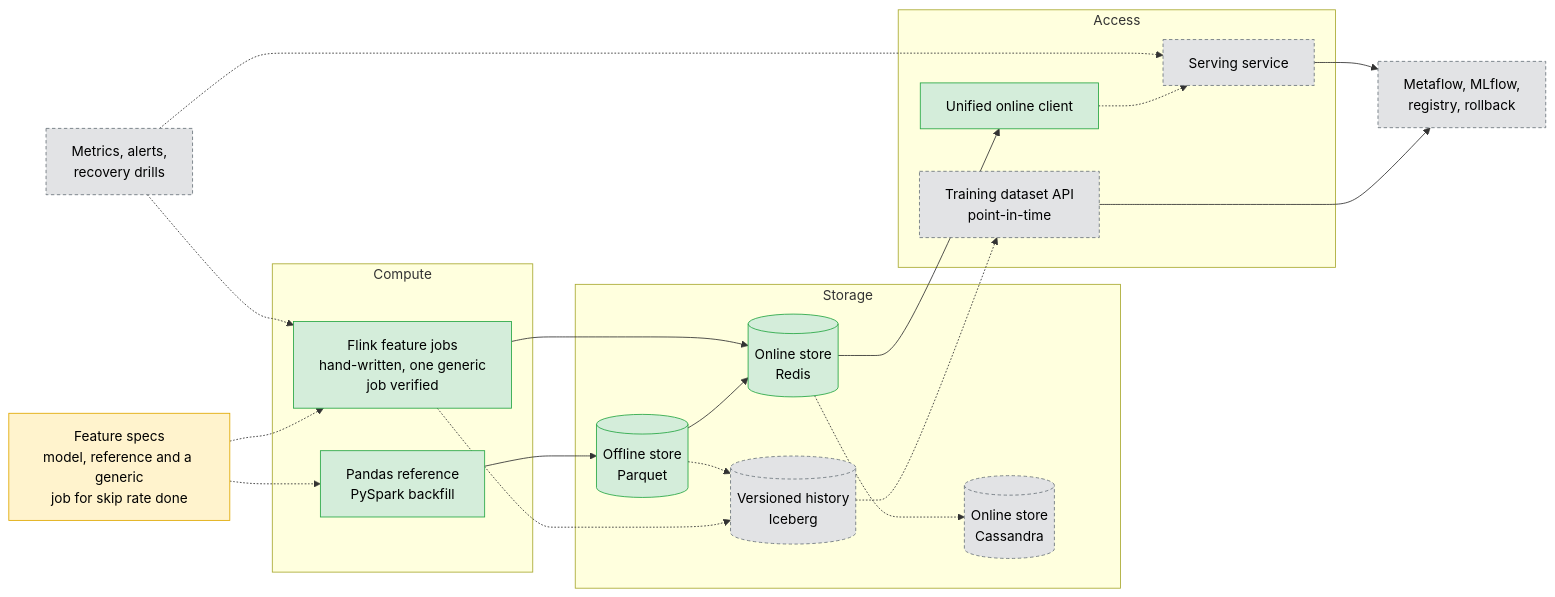
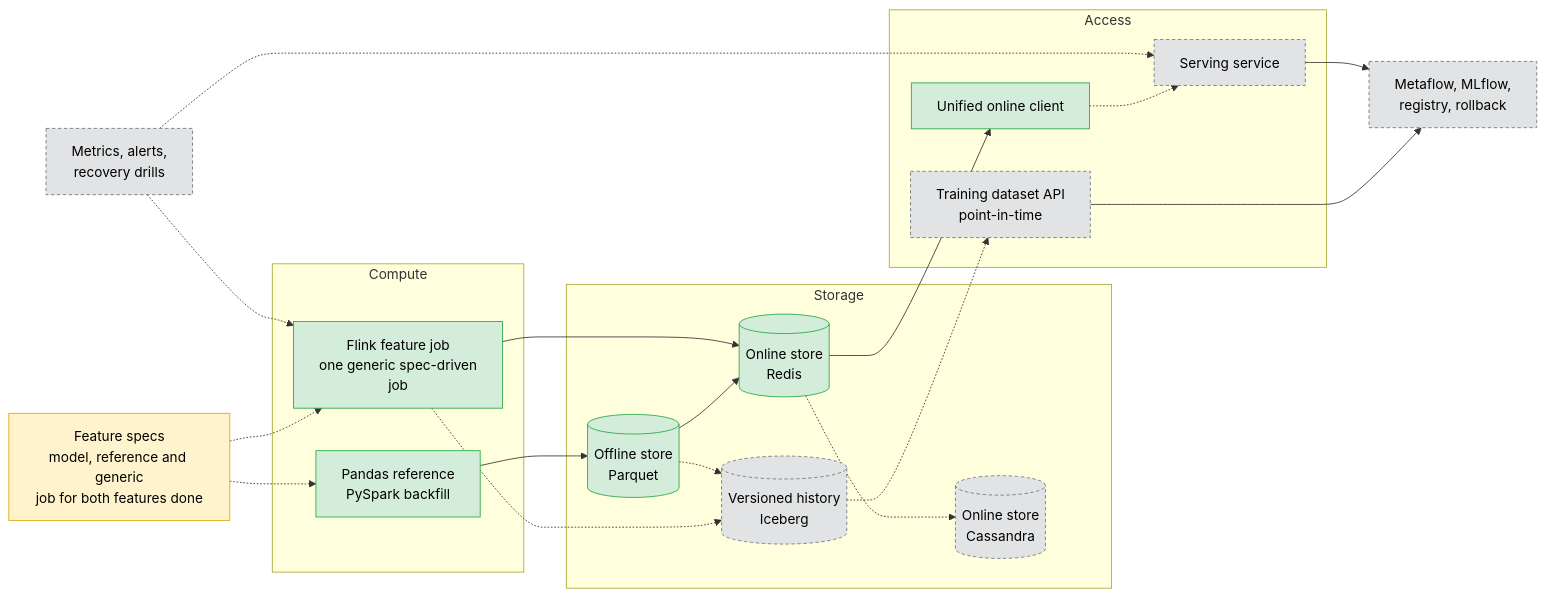
Before and after one commit to oster-dev/featureforge: the first of 4 diagrams in docs/PLATFORM_BLUEPRINT.md, drawn with Mermaid. The commit also changed other lines of this file and 15 other files, not shown here.

First line of the commit message:
refactor: remove the hand-written feature jobs (#27)

````diff
--- a/docs/PLATFORM_BLUEPRINT.md
+++ b/docs/PLATFORM_BLUEPRINT.md
@@ -42,40 +42,40 @@
 ```mermaid
 flowchart LR
-    SPEC["Feature specs<br/>model, reference and a generic<br/>job for skip rate done"]:::wip
+    SPEC["Feature specs<br/>model, reference and generic<br/>job for both features done"]:::wip
 
     subgraph Compute
         BATCH[Pandas reference<br/>PySpark backfill]:::done
-        STREAM[Flink feature jobs<br/>hand-written, one generic<br/>job verified]:::done
+        STREAM[Flink feature job<br/>one generic spec-driven<br/>job]:::done
     end
 
     subgraph Storage
         OFF[(Offline store<br/>Parquet)]:::done
         HIST[(Versioned history<br/>Iceberg)]:::plan
         ON[(Online store<br/>Redis)]:::done
         ON2[(Online store<br/>Cassandra)]:::plan
     end
 
     subgraph Access
         CLIENT[Unified online client]:::done
         DATASET[Training dataset API<br/>point-in-time]:::plan
         SERVICE[Serving service]:::plan
     end
 
     ML[Metaflow, MLflow,<br/>registry, rollback]:::plan
     OBS[Metrics, alerts,<br/>recovery drills]:::plan
 
     SPEC -.-> BATCH & STREAM
     BATCH --> OFF --> ON
     STREAM --> ON
     STREAM -.-> HIST
     OFF -.-> HIST
     ON --> CLIENT
     ON -.-> ON2
     HIST -.-> DATASET --> ML
     CLIENT -.-> SERVICE --> ML
     OBS -.-> STREAM & SERVICE
 
     classDef done fill:#d4edda,stroke:#28a745,color:#000
     classDef wip fill:#fff3cd,stroke:#e0a800,color:#000
     classDef plan fill:#e2e3e5,stroke:#6c757d,color:#000,stroke-dasharray: 4 3
 ```
````
